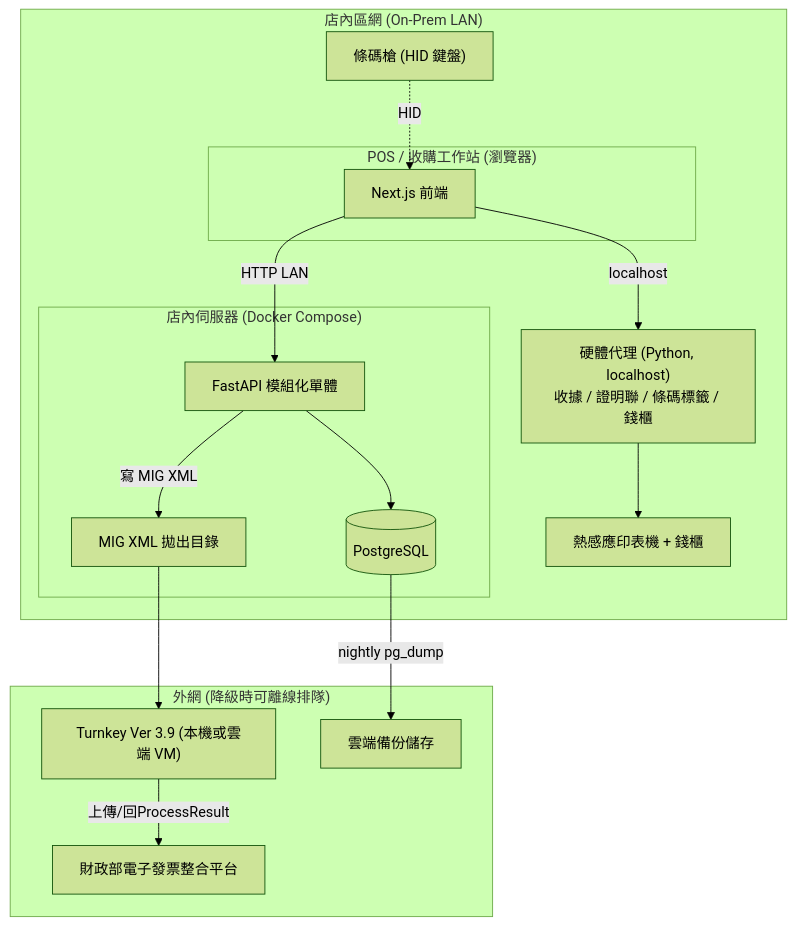
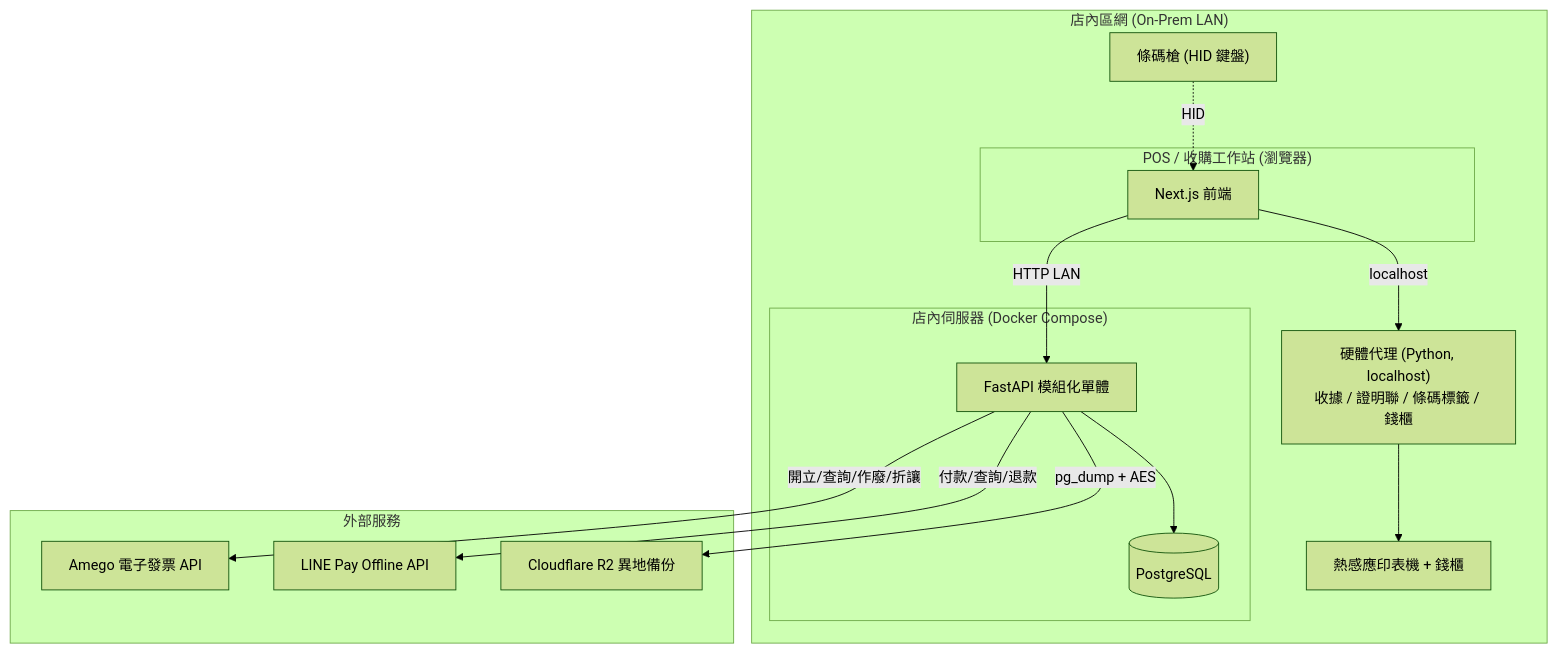
The first of 2 diagrams in docs/02-architecture.md (achicn3/lu-camp), drawn with Mermaid (forest theme) before and after one commit. The commit also changed other lines of this file and 24 other files, not shown here.

````diff
--- a/docs/02-architecture.md
+++ b/docs/02-architecture.md
@@ -13,33 +15,31 @@
 ```mermaid
 graph TD
     subgraph Store["店內區網 (On-Prem LAN)"]
         subgraph POS["POS / 收購工作站 (瀏覽器)"]
             FE["Next.js 前端"]
         end
         Agent["硬體代理 (Python, localhost)\n收據 / 證明聯 / 條碼標籤 / 錢櫃"]
         Printer["熱感應印表機 + 錢櫃"]
         Scanner["條碼槍 (HID 鍵盤)"]
 
         subgraph Server["店內伺服器 (Docker Compose)"]
             API["FastAPI 模組化單體"]
             DB[("PostgreSQL")]
-            XMLOUT["MIG XML 拋出目錄"]
         end
     end
 
-    subgraph Ext["外網 (降級時可離線排隊)"]
-        Turnkey["Turnkey Ver 3.9 (本機或雲端 VM)"]
-        MOF["財政部電子發票整合平台"]
-        Backup["雲端備份儲存"]
+    subgraph Ext["外部服務"]
+        Amego["Amego 電子發票 API"]
+        LinePay["LINE Pay Offline API"]
+        Backup["Cloudflare R2 異地備份"]
     end
 
     FE -->|HTTP LAN| API
     FE -->|localhost| Agent
     Agent --> Printer
     Scanner -.HID.-> FE
     API --> DB
-    API -->|寫 MIG XML| XMLOUT
-    XMLOUT --> Turnkey
-    Turnkey -->|上傳/回ProcessResult| MOF
-    DB -->|nightly pg_dump| Backup
+    API -->|開立/查詢/作廢/折讓| Amego
+    API -->|付款/查詢/退款| LinePay
+    API -->|pg_dump + AES| Backup
 ```
````
